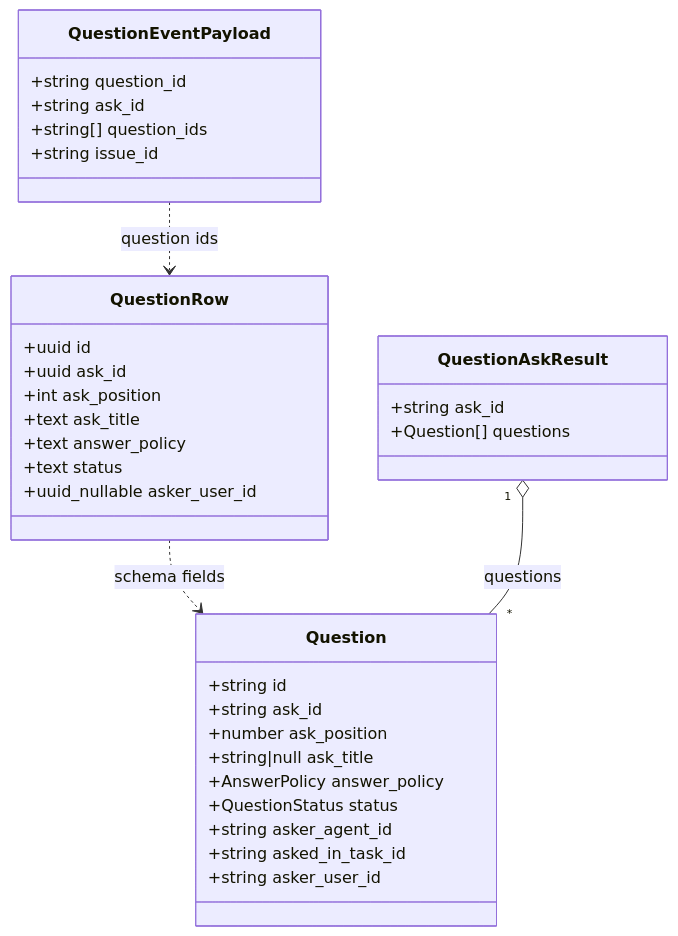
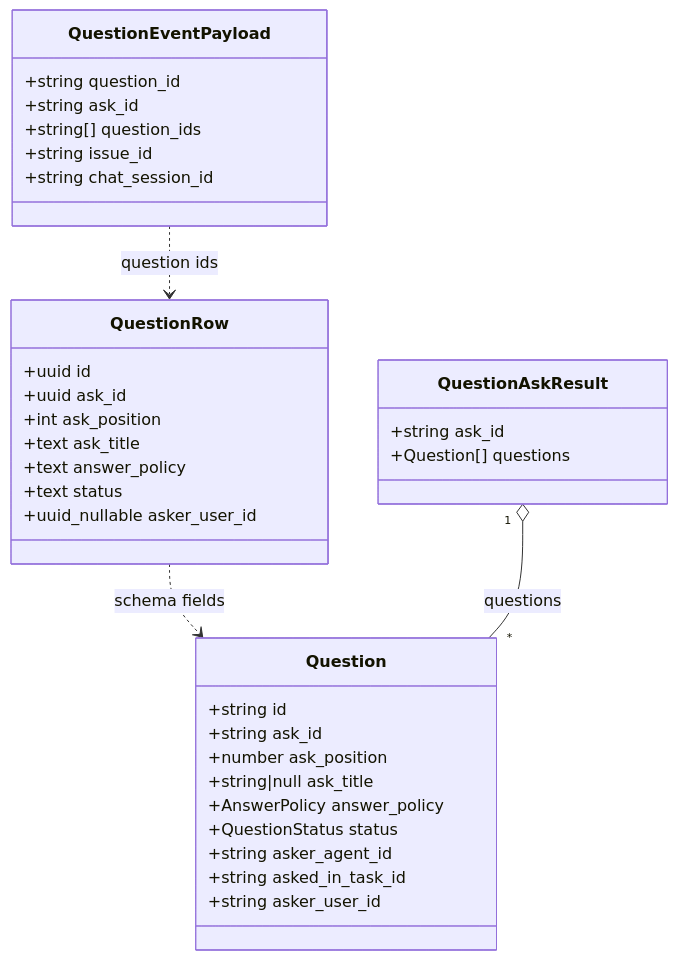
Before and after one commit to appboypov/multica: the eighth of 8 diagrams in specs/docs/system-design.md, drawn with Mermaid. The commit also changed other lines of this file, not shown here.

Commit message:
docs(specs): living design for chat question wakes (WORK-447)

````diff
--- a/specs/docs/system-design.md
+++ b/specs/docs/system-design.md
@@ -860,36 +861,37 @@
 ```mermaid
 classDiagram
   class QuestionRow {
     +uuid id
     +uuid ask_id
     +int ask_position
     +text ask_title
     +text answer_policy
     +text status
     +uuid_nullable asker_user_id
   }
   class Question {
     +string id
     +string ask_id
     +number ask_position
     +string|null ask_title
     +AnswerPolicy answer_policy
     +QuestionStatus status
     +string asker_agent_id
     +string asked_in_task_id
     +string asker_user_id
   }
   class QuestionAskResult {
     +string ask_id
     +Question[] questions
   }
   class QuestionEventPayload {
     +string question_id
     +string ask_id
     +string[] question_ids
     +string issue_id
+    +string chat_session_id
   }
   QuestionRow ..> Question : schema fields
   QuestionAskResult "1" o-- "*" Question : questions
   QuestionEventPayload ..> QuestionRow : question ids
 ```
````
